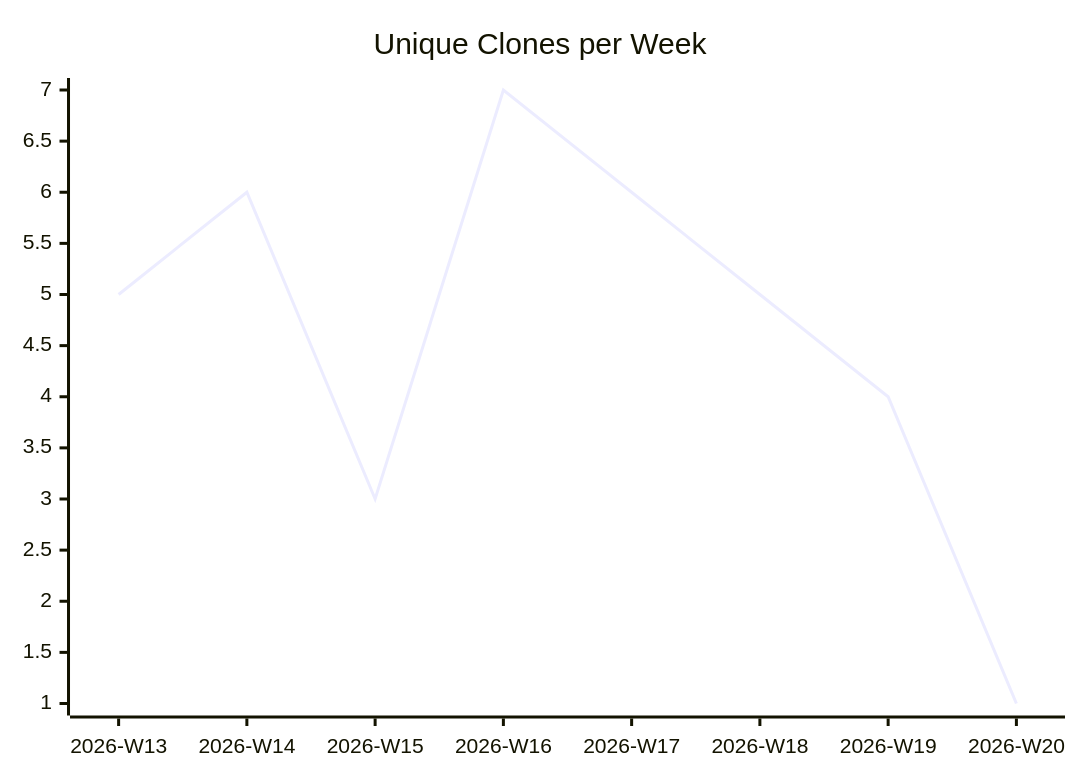
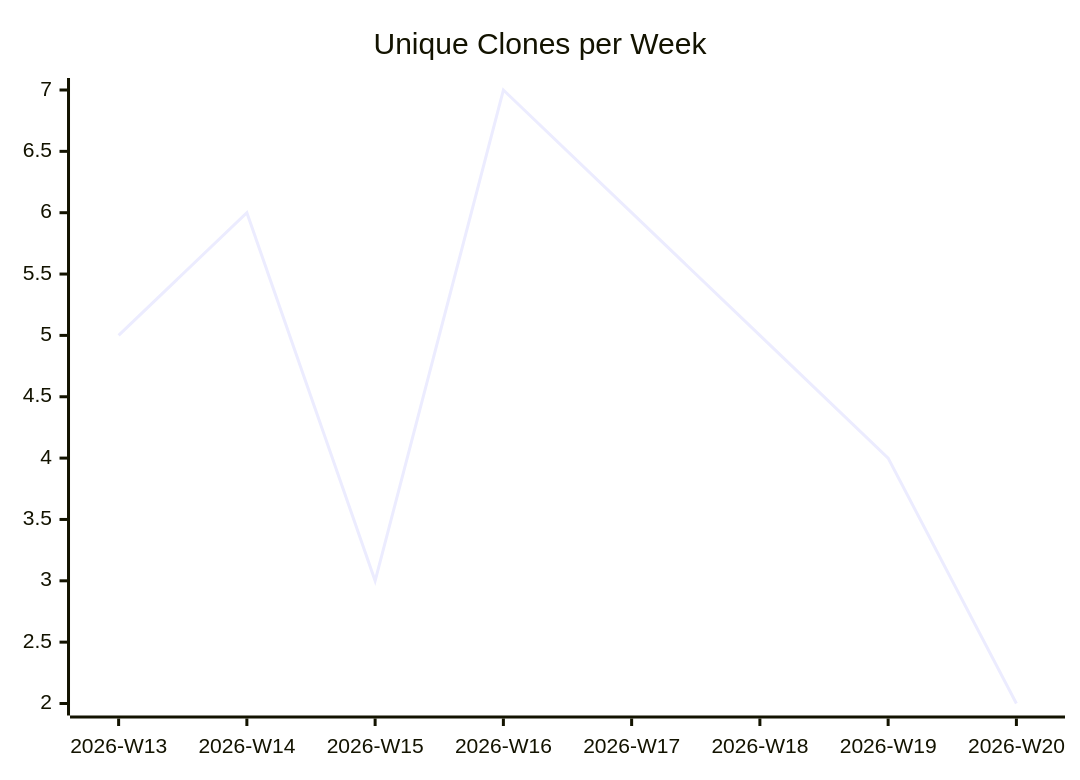
The third of 3 diagrams in karlmdavis/kxml2/README.md (justdavis-family/github-analytics-data), drawn with Mermaid before and after one commit. The commit also changed other lines of this file and 190 other files, not shown here.

````diff
--- a/karlmdavis/kxml2/README.md
+++ b/karlmdavis/kxml2/README.md
@@ -19,6 +19,6 @@
 ```mermaid
 xychart-beta
   title "Unique Clones per Week"
   x-axis ["2026-W13", "2026-W14", "2026-W15", "2026-W16", "2026-W17", "2026-W18", "2026-W19", "2026-W20"]
-  line [5, 6, 3, 7, 6, 5, 4, 1]
+  line [5, 6, 3, 7, 6, 5, 4, 2]
 ```
````
